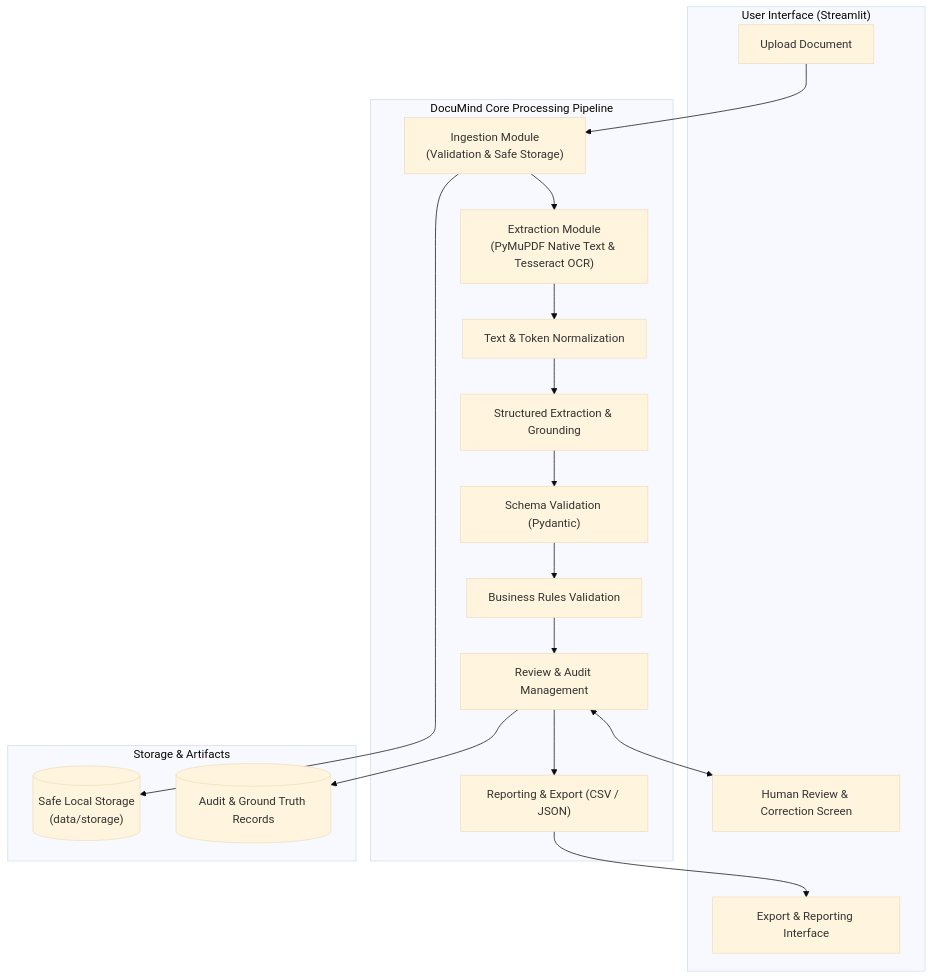
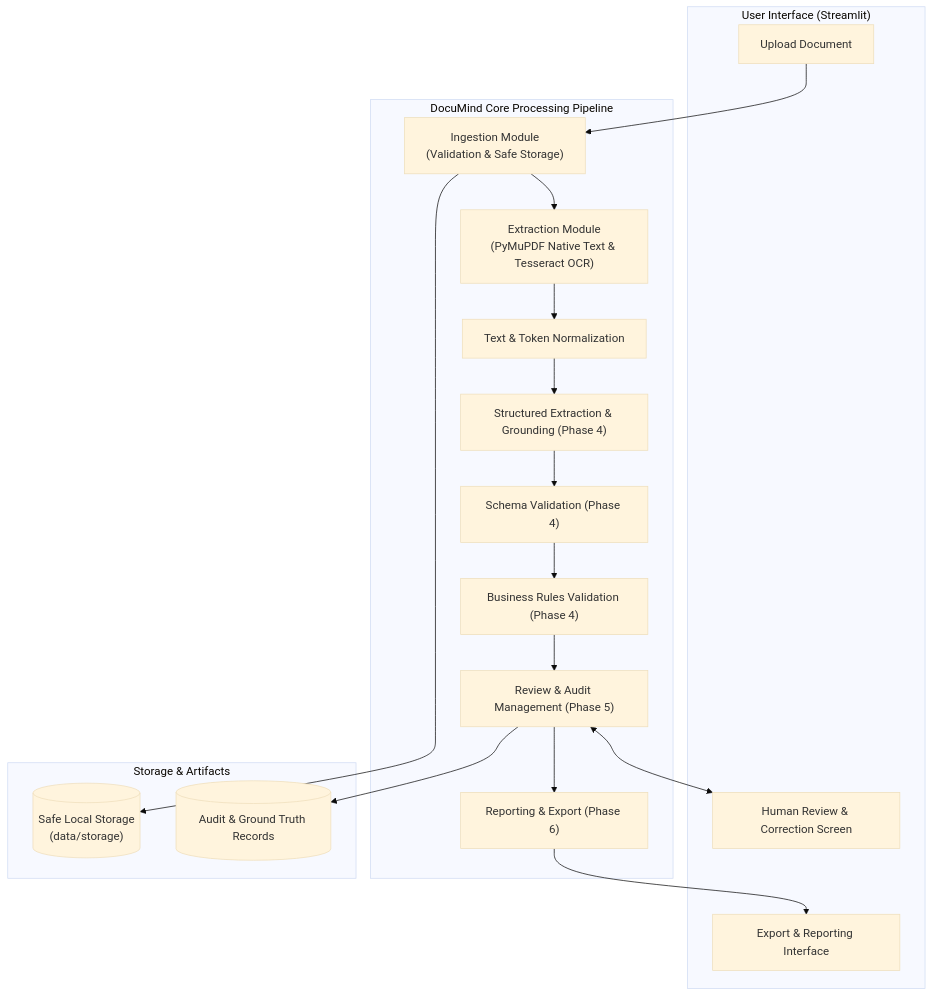
Before and after one commit to ThunderSkull7/DocuMind: the first of 2 diagrams in docs/architecture.md, drawn with Mermaid (base theme). The commit also changed other lines of this file and 24 other files, not shown here.

Commit message:
feat: complete Phase 3 hybrid PDF text extraction and OCR pipeline

````diff
--- a/docs/architecture.md
+++ b/docs/architecture.md
@@ -16,37 +16,37 @@
 ```mermaid
 flowchart TD
     subgraph UI ["User Interface (Streamlit)"]
         UI_Upload["Upload Document"]
         UI_Review["Human Review & Correction Screen"]
         UI_Export["Export & Reporting Interface"]
     end
 
     subgraph Core ["DocuMind Core Processing Pipeline"]
         Ingest["Ingestion Module<br/>(Validation & Safe Storage)"]
         Extract["Extraction Module<br/>(PyMuPDF Native Text & Tesseract OCR)"]
         Normalize["Text & Token Normalization"]
-        Struct["Structured Extraction & Grounding"]
-        SchemaVal["Schema Validation (Pydantic)"]
-        BizVal["Business Rules Validation"]
-        ReviewMod["Review & Audit Management"]
-        ExportMod["Reporting & Export (CSV / JSON)"]
+        Struct["Structured Extraction & Grounding (Phase 4)"]
+        SchemaVal["Schema Validation (Phase 4)"]
+        BizVal["Business Rules Validation (Phase 4)"]
+        ReviewMod["Review & Audit Management (Phase 5)"]
+        ExportMod["Reporting & Export (Phase 6)"]
     end
 
     subgraph Storage ["Storage & Artifacts"]
         LocalStore[("Safe Local Storage<br/>(data/storage)")]
         AuditLog[("Audit & Ground Truth Records")]
     end
 
     UI_Upload --> Ingest
     Ingest --> LocalStore
     Ingest --> Extract
     Extract --> Normalize
     Normalize --> Struct
     Struct --> SchemaVal
     SchemaVal --> BizVal
     BizVal --> ReviewMod
     ReviewMod <--> UI_Review
     ReviewMod --> AuditLog
     ReviewMod --> ExportMod
     ExportMod --> UI_Export
 ```
````
